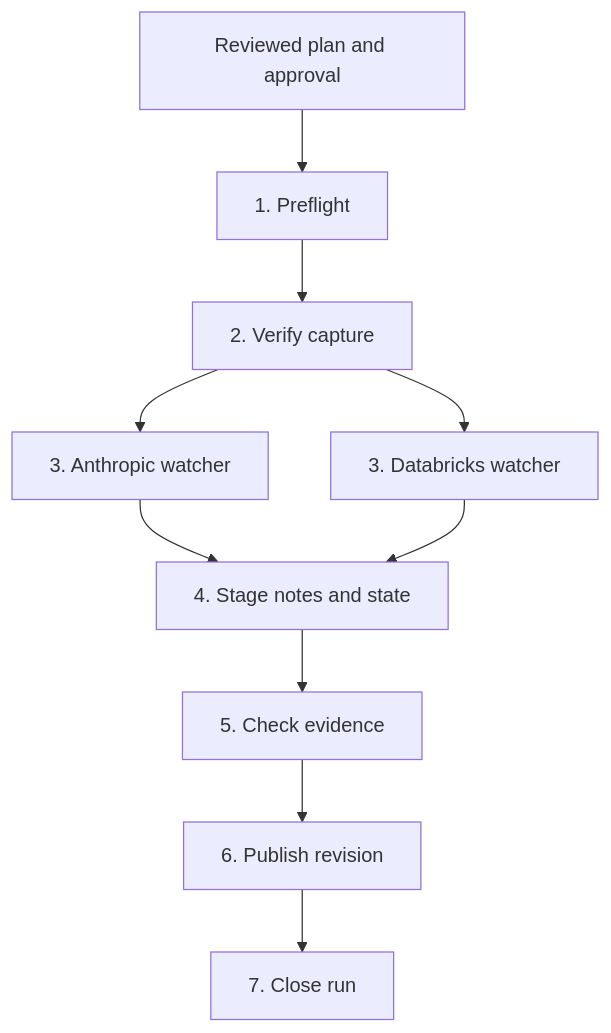
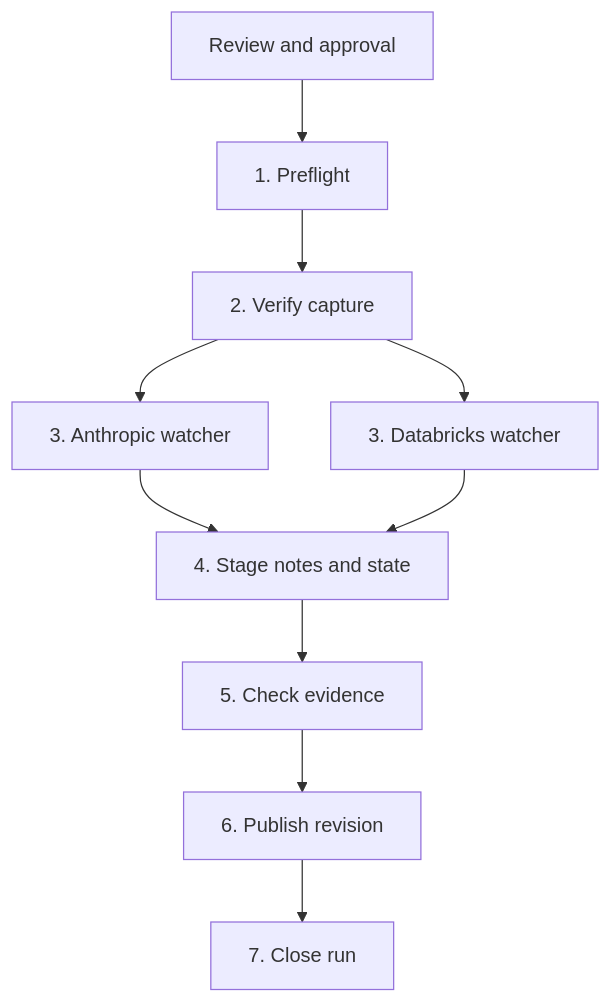
The diagram in fall-2026/suketh-p/js4-plan-evidence-memory/PLAN.md (nikbearbrown/info-7375-prompt-engineering-for-generative-ai), drawn with Mermaid before and after one commit. The commit also changed other lines of this file and 1 other file, not shown here.

First line of the commit message:
js4: the student's PLAN.md v0.2 (reviewed draft); v0.1 kept as PLAN-v0.1.md

````diff
--- a/fall-2026/suketh-p/js4-plan-evidence-memory/PLAN.md
+++ b/fall-2026/suketh-p/js4-plan-evidence-memory/PLAN.md
@@ -43,12 +68,12 @@
 ```mermaid
 flowchart TD
-    P["Reviewed plan and approval"] --> A["1. Preflight"]
+    P["Review and approval"] --> A["1. Preflight"]
     A --> B["2. Verify capture"]
     B --> C["3. Anthropic watcher"]
     B --> D["3. Databricks watcher"]
     C --> E["4. Stage notes and state"]
     D --> E
     E --> F["5. Check evidence"]
     F --> G["6. Publish revision"]
     G --> H["7. Close run"]
 ```
````
